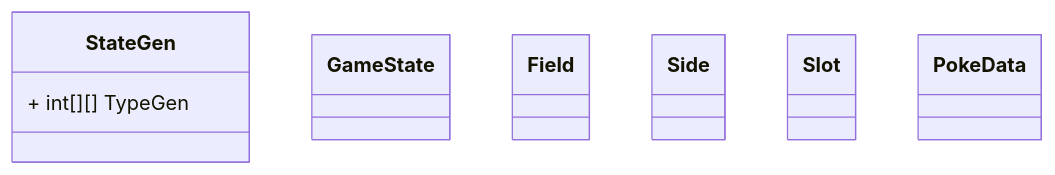
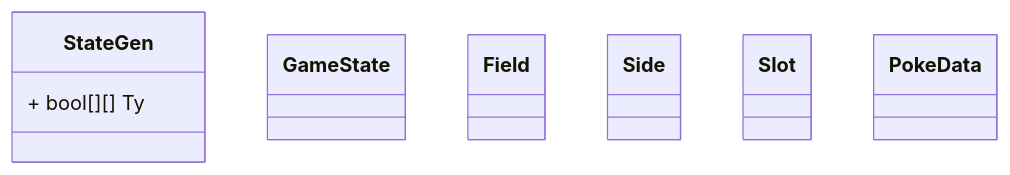
The diagram in all/Untitled.md (UtaSzane/iodraw-files), drawn with Mermaid before and after one commit.

Commit message:
2026-06-07 23:25:02 update

````diff
--- a/all/Untitled.md
+++ b/all/Untitled.md
@@ -1,21 +1,21 @@
 ```mermaid
 classDiagram
     class StateGen {
-        + int[][] TypeGen
+        + bool[][] Ty
     }  
     class GameState {
 
     }
     class Field {
 
     }
     class Side {
 
     }
     class Slot {
 
     }
     class PokeData {
 
     }
 ```
````
